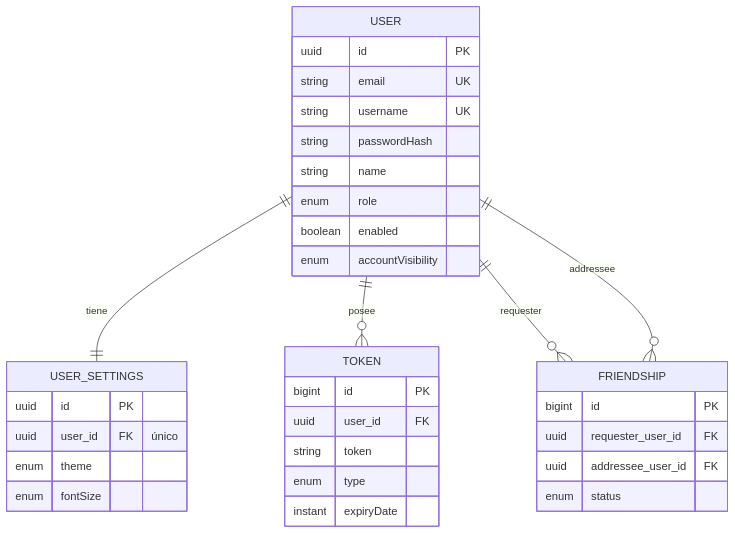
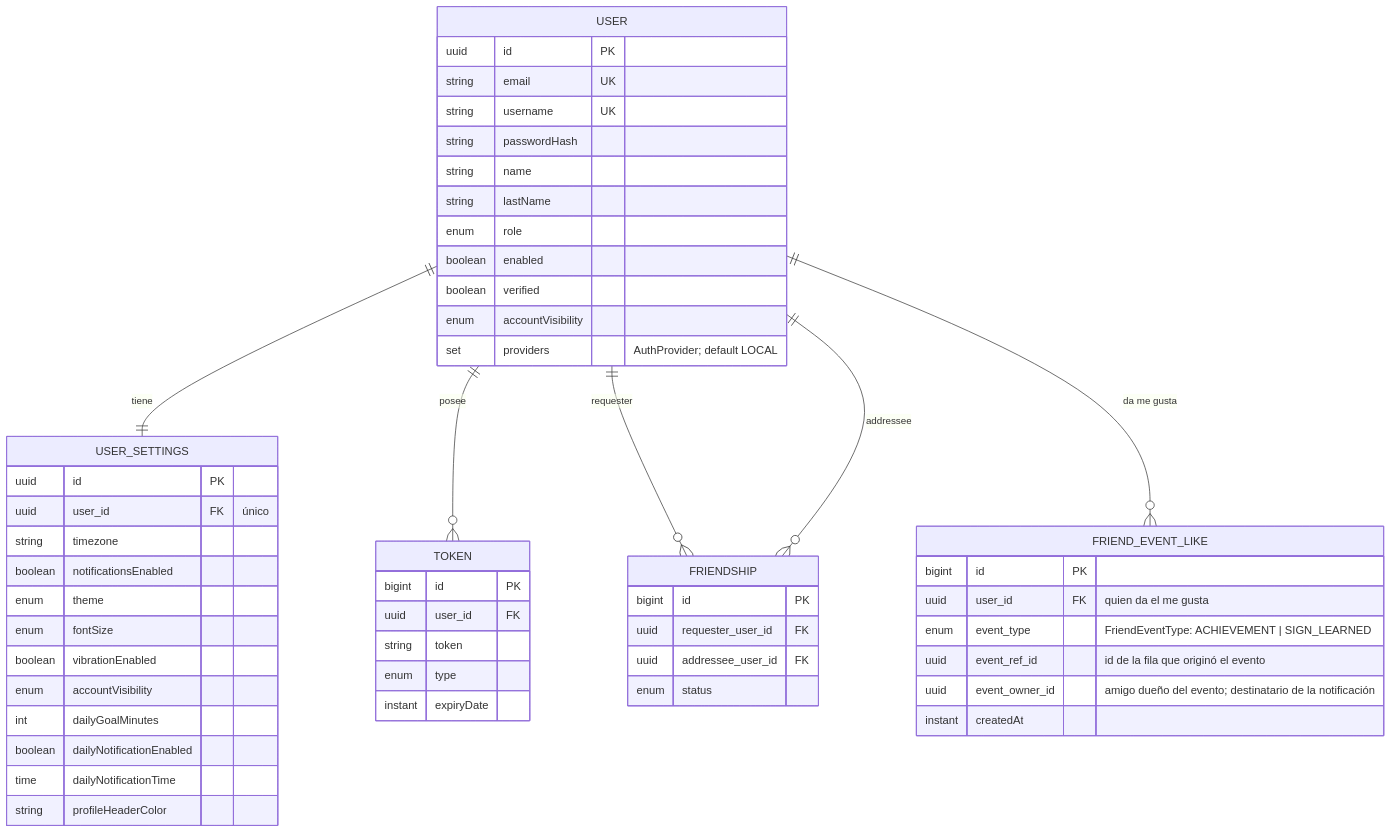
Before and after one commit to signasource/signa-api: the first of 6 diagrams in docs/diagrams/er.md, drawn with Mermaid. The commit also changed other lines of this file and 202 other files, not shown here.

````diff
--- a/docs/diagrams/er.md
+++ b/docs/diagrams/er.md
@@ -10,37 +14,57 @@
 ```mermaid
 erDiagram
     USER ||--|| USER_SETTINGS : tiene
     USER ||--o{ TOKEN : posee
     USER ||--o{ FRIENDSHIP : "requester"
     USER ||--o{ FRIENDSHIP : "addressee"
+    USER ||--o{ FRIEND_EVENT_LIKE : "da me gusta"
 
     USER {
         uuid id PK
         string email UK
         string username UK
         string passwordHash
         string name
+        string lastName
         enum role
         boolean enabled
+        boolean verified
         enum accountVisibility
+        set providers "AuthProvider; default LOCAL"
     }
     USER_SETTINGS {
         uuid id PK
         uuid user_id FK "único"
+        string timezone
+        boolean notificationsEnabled
         enum theme
         enum fontSize
+        boolean vibrationEnabled
+        enum accountVisibility
+        int dailyGoalMinutes
+        boolean dailyNotificationEnabled
+        time dailyNotificationTime
+        string profileHeaderColor
     }
     TOKEN {
         bigint id PK
         uuid user_id FK
         string token
         enum type
         instant expiryDate
     }
     FRIENDSHIP {
         bigint id PK
         uuid requester_user_id FK
         uuid addressee_user_id FK
         enum status
     }
+    FRIEND_EVENT_LIKE {
+        bigint id PK
+        uuid user_id FK "quien da el me gusta"
+        enum event_type "FriendEventType: ACHIEVEMENT | SIGN_LEARNED"
+        uuid event_ref_id "id de la fila que originó el evento"
+        uuid event_owner_id "amigo dueño del evento; destinatario de la notificación"
+        instant createdAt
+    }
 ```
````
